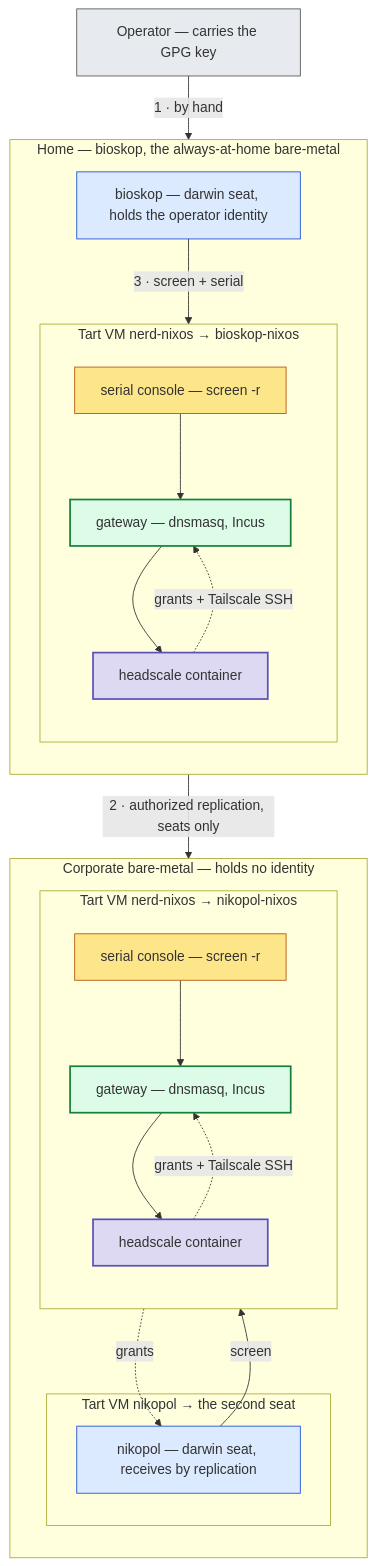
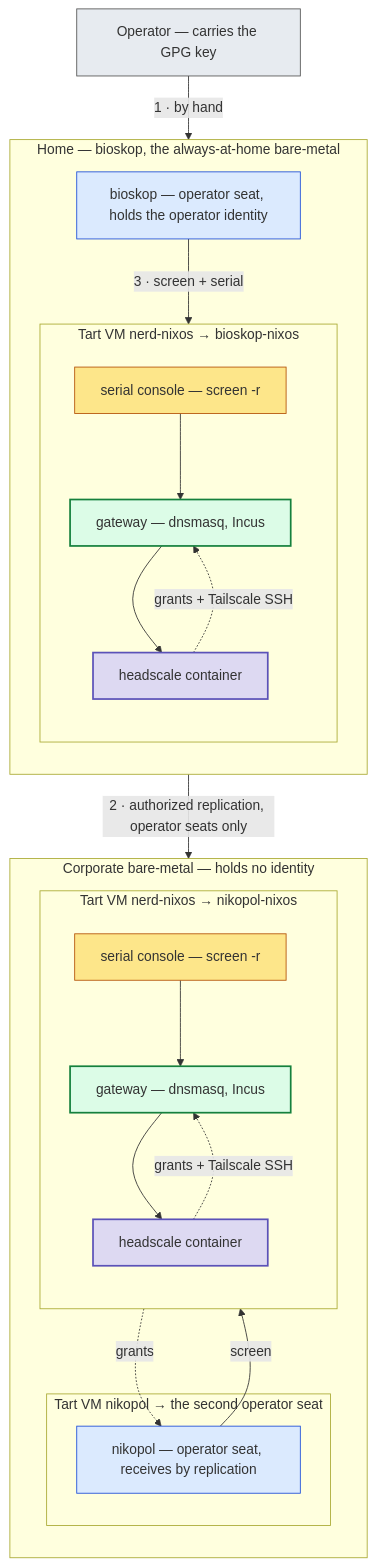
Before and after one commit to seedmatic/ndh: the sixth of 12 diagrams in docs/fabric-control-plane-spec.adoc, drawn with Mermaid. The commit also changed other lines of this file and 47 other files, not shown here.

```diff
--- a/docs/fabric-control-plane-spec.adoc
+++ b/docs/fabric-control-plane-spec.adoc
@@ -602,45 +602,45 @@
 [mermaid]
 ....
 flowchart TB
   op["Operator — carries the GPG key"]:::person
 
   subgraph HOME["Home — bioskop, the always-at-home bare-metal"]
     direction TB
-    bs["bioskop — darwin seat, holds the operator identity"]:::seat
+    bs["bioskop — operator seat, holds the operator identity"]:::seat
     subgraph VB["Tart VM nerd-nixos → bioskop-nixos"]
       direction TB
       sb["serial console — screen -r"]:::oob
       gb["gateway — dnsmasq, Incus"]:::gw
       cb["headscale container"]:::cp
     end
   end
 
   subgraph CORP["Corporate bare-metal — holds no identity"]
     direction TB
-    subgraph VN["Tart VM nikopol → the second seat"]
-      nk["nikopol — darwin seat, receives by replication"]:::seat
+    subgraph VN["Tart VM nikopol → the second operator seat"]
+      nk["nikopol — operator seat, receives by replication"]:::seat
     end
     subgraph VNX["Tart VM nerd-nixos → nikopol-nixos"]
       direction TB
       sn["serial console — screen -r"]:::oob
       gn["gateway — dnsmasq, Incus"]:::gw
       cn["headscale container"]:::cp
     end
   end
 
   op -->|"1 · by hand"| bs
-  bs -->|"2 · authorized replication, seats only"| nk
+  bs -->|"2 · authorized replication, operator seats only"| nk
   bs -->|"3 · screen + serial"| sb
   sb --> gb --> cb
   nk -->|"screen"| sn
   sn --> gn --> cn
   cb -.->|"grants + Tailscale SSH"| gb
   cn -.->|"grants + Tailscale SSH"| gn
   cn -.->|"grants"| nk
 
   classDef person fill:#e7ebf0,stroke:#555;
   classDef seat fill:#dbeafe,stroke:#1d4ed8;
   classDef oob fill:#fde68a,stroke:#b45309;
   classDef gw fill:#dcfce7,stroke:#15803d,stroke-width:2px;
   classDef cp fill:#ddd9f2,stroke:#5b52b8,stroke-width:2px;
 ....
```
